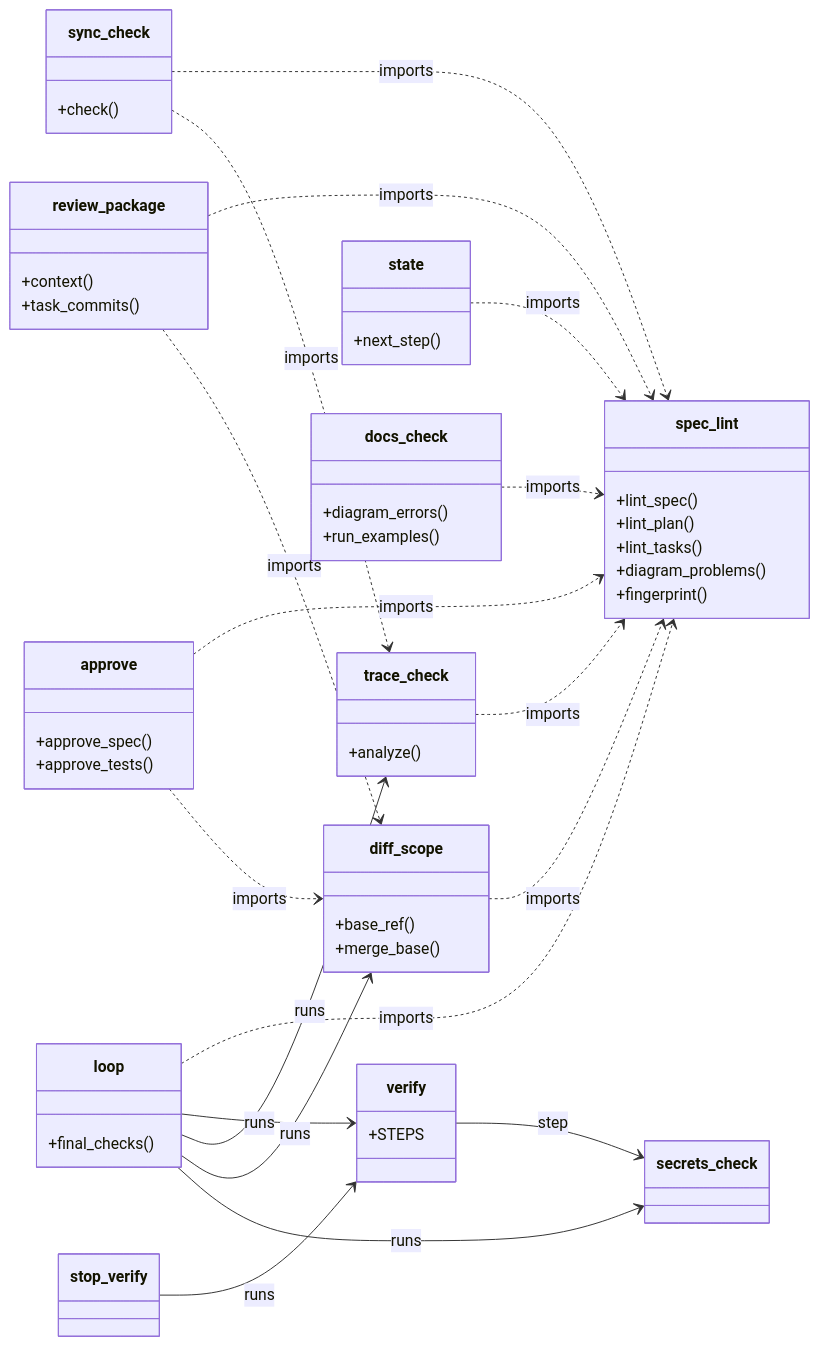
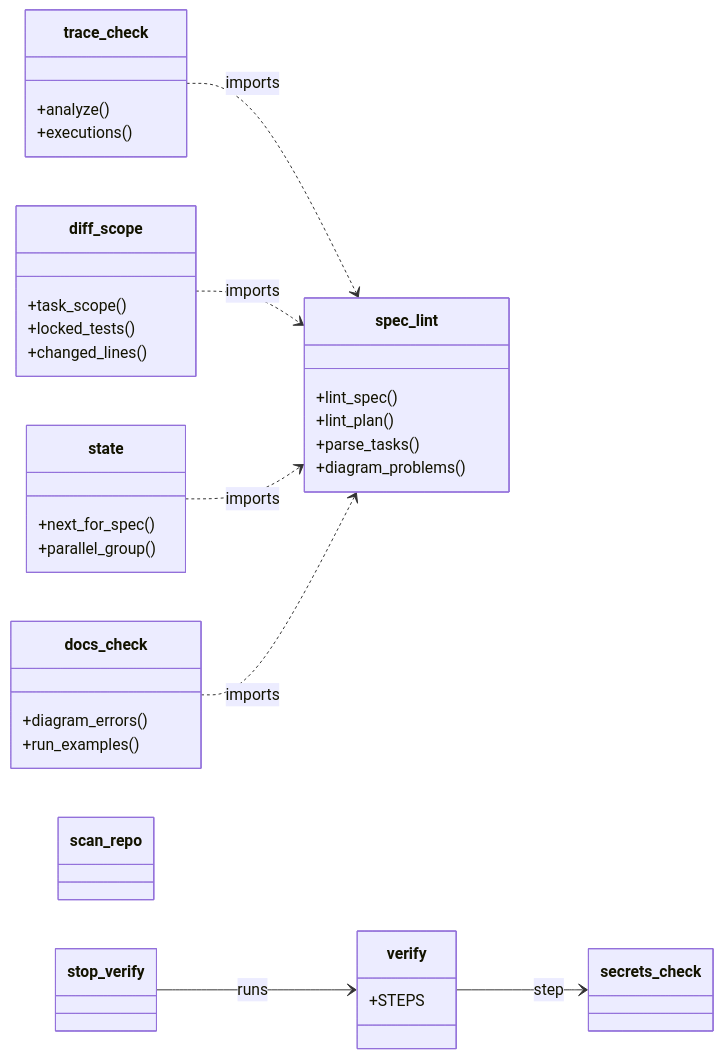
One commit to jumping2000/sdd-playbook changed the first of 2 diagrams in docs/architecture.md. Above: the diagram before and after it, drawn with Mermaid. The commit also changed other lines of this file and 16 other files, not shown here.

````diff
--- a/docs/architecture.md
+++ b/docs/architecture.md
@@ -77,61 +64,39 @@
 ```mermaid
 classDiagram
     direction LR
     class spec_lint {
         +lint_spec()
         +lint_plan()
-        +lint_tasks()
+        +parse_tasks()
         +diagram_problems()
-        +fingerprint()
     }
     class trace_check {
         +analyze()
+        +executions()
     }
     class diff_scope {
-        +base_ref()
-        +merge_base()
+        +task_scope()
+        +locked_tests()
+        +changed_lines()
     }
     class state {
-        +next_step()
-    }
-    class sync_check {
-        +check()
+        +next_for_spec()
+        +parallel_group()
     }
     class docs_check {
         +diagram_errors()
         +run_examples()
     }
-    class review_package {
-        +context()
-        +task_commits()
-    }
-    class approve {
-        +approve_spec()
-        +approve_tests()
-    }
-    class loop {
-        +final_checks()
-    }
     class verify {
         +STEPS
     }
     class secrets_check
+    class scan_repo
     class stop_verify
     trace_check ..> spec_lint : imports
     diff_scope ..> spec_lint : imports
     state ..> spec_lint : imports
-    sync_check ..> spec_lint : imports
-    sync_check ..> trace_check : imports
     docs_check ..> spec_lint : imports
-    review_package ..> spec_lint : imports
-    review_package ..> diff_scope : imports
-    loop ..> spec_lint : imports
-    loop --> verify : runs
-    loop --> trace_check : runs
-    loop --> diff_scope : runs
-    loop --> secrets_check : runs
     verify --> secrets_check : step
     stop_verify --> verify : runs
-    approve ..> spec_lint : imports
-    approve ..> diff_scope : imports
 ```
````
